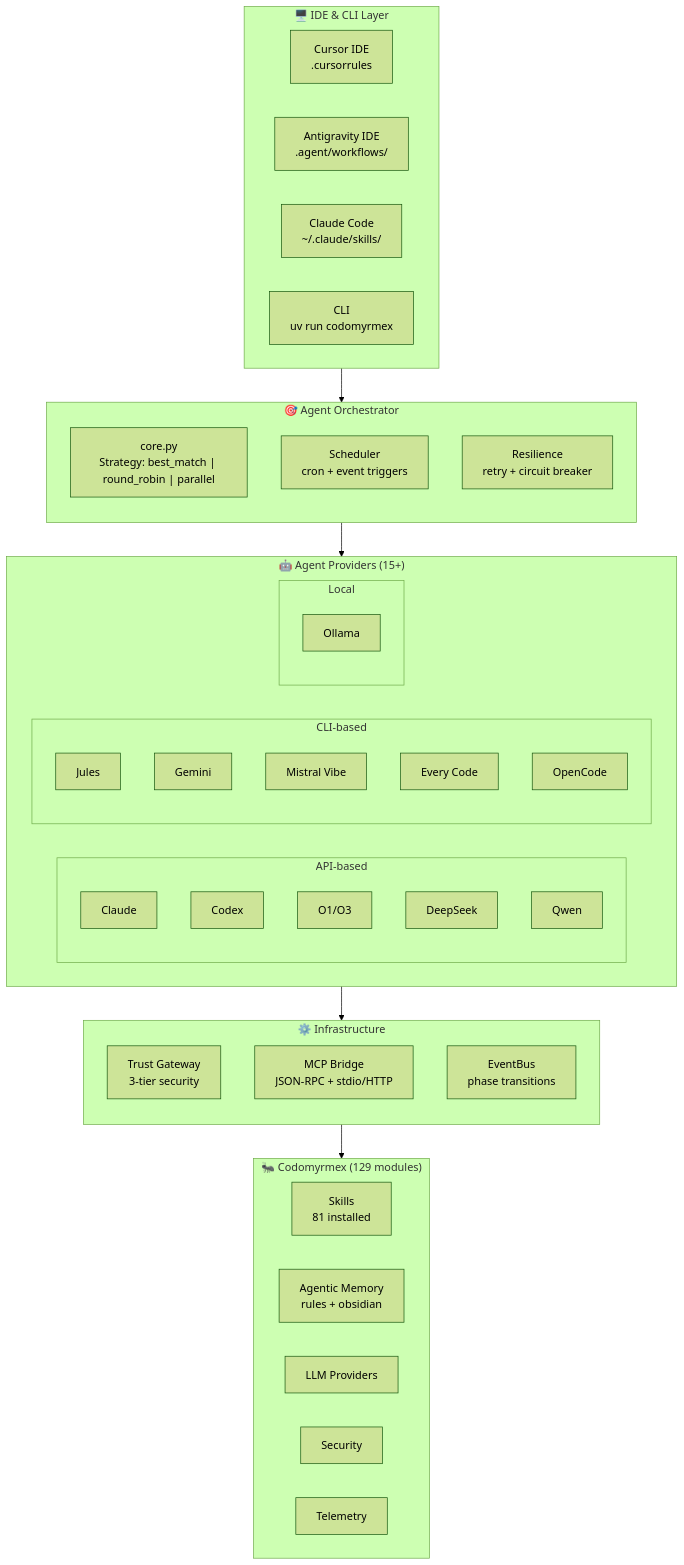
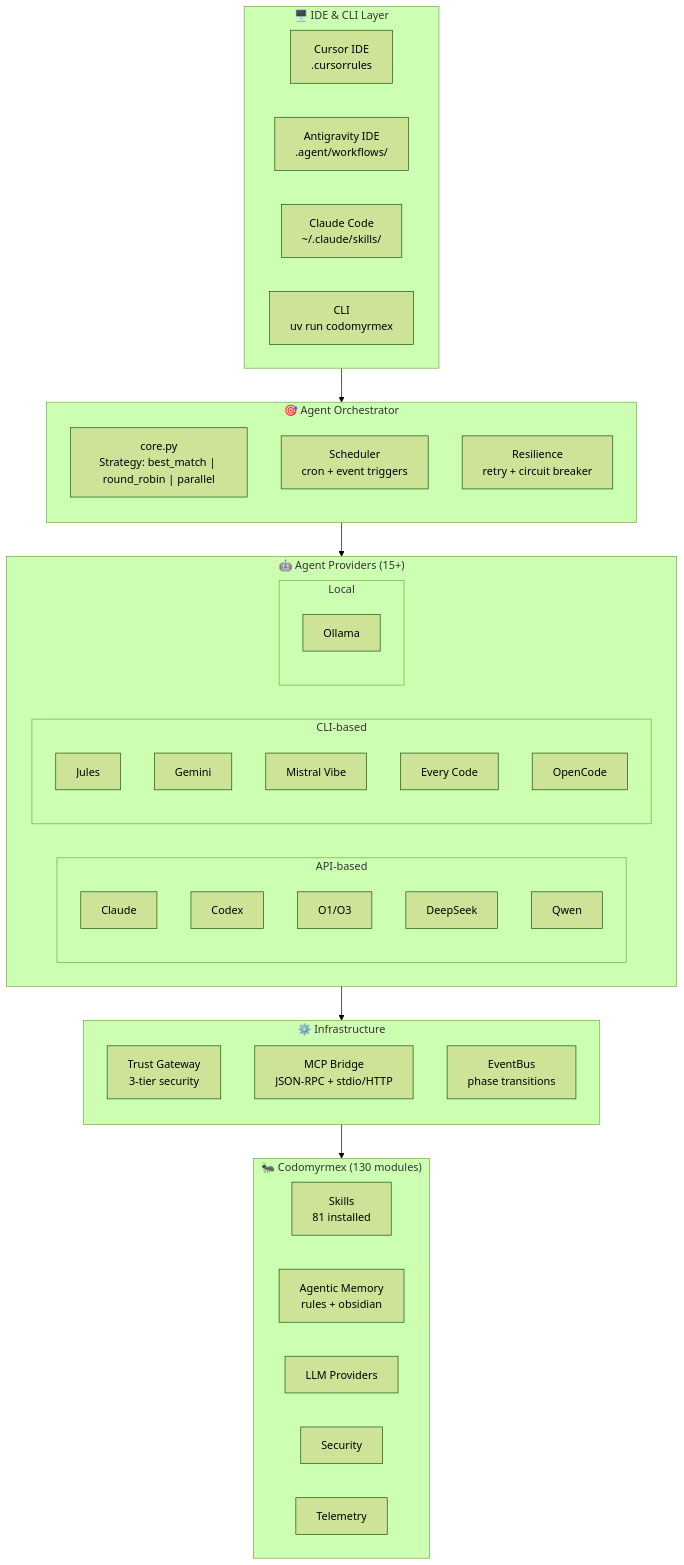
Before and after one commit to docxology/codomyrmex: the first of 11 diagrams in docs/getting-started/GETTING_STARTED_WITH_AGENTS.md, drawn with Mermaid (forest theme). The commit also changed other lines of this file and 852 other files, not shown here.

````diff
--- a/docs/getting-started/GETTING_STARTED_WITH_AGENTS.md
+++ b/docs/getting-started/GETTING_STARTED_WITH_AGENTS.md
@@ -13,59 +13,59 @@
 ```mermaid
 graph TB
     subgraph IDE["🖥️ IDE & CLI Layer"]
         direction LR
         CURSOR["Cursor IDE<br/>.cursorrules"]
         ANTIGRAV["Antigravity IDE<br/>.agent/workflows/"]
         CLAUDE_CODE["Claude Code<br/>~/.claude/skills/"]
         CLI["CLI<br/>uv run codomyrmex"]
     end
 
     subgraph ORCH["🎯 Agent Orchestrator"]
         direction TB
         CORE["core.py<br/>Strategy: best_match | round_robin | parallel"]
         SCHED["Scheduler<br/>cron + event triggers"]
         RESILIENCE["Resilience<br/>retry + circuit breaker"]
     end
 
     subgraph AGENTS["🤖 Agent Providers (15+)"]
         direction LR
         subgraph API_AGENTS["API-based"]
             CLAUDE["Claude"]
             CODEX["Codex"]
             O1["O1/O3"]
             DEEPSEEK["DeepSeek"]
             QWEN["Qwen"]
         end
         subgraph CLI_AGENTS["CLI-based"]
             JULES["Jules"]
             GEMINI["Gemini"]
             MISTRAL["Mistral Vibe"]
             EVERYCODE["Every Code"]
             OPENCODE["OpenCode"]
         end
         subgraph LOCAL_AGENTS["Local"]
             OLLAMA["Ollama"]
         end
     end
 
     subgraph INFRA["⚙️ Infrastructure"]
         direction TB
         TRUST["Trust Gateway<br/>3-tier security"]
         MCP["MCP Bridge<br/>JSON-RPC + stdio/HTTP"]
         EVENTS["EventBus<br/>phase transitions"]
     end
 
-    subgraph MODULES["🐜 Codomyrmex (129 modules)"]
+    subgraph MODULES["🐜 Codomyrmex (130 modules)"]
         direction LR
         SKILLS_MOD["Skills<br/>81 installed"]
         MEMORY_MOD["Agentic Memory<br/>rules + obsidian"]
         LLM_MOD["LLM Providers"]
         SEC_MOD["Security"]
         TELEM_MOD["Telemetry"]
     end
 
     IDE --> ORCH
     ORCH --> AGENTS
     AGENTS --> INFRA
     INFRA --> MODULES
 ```
````
